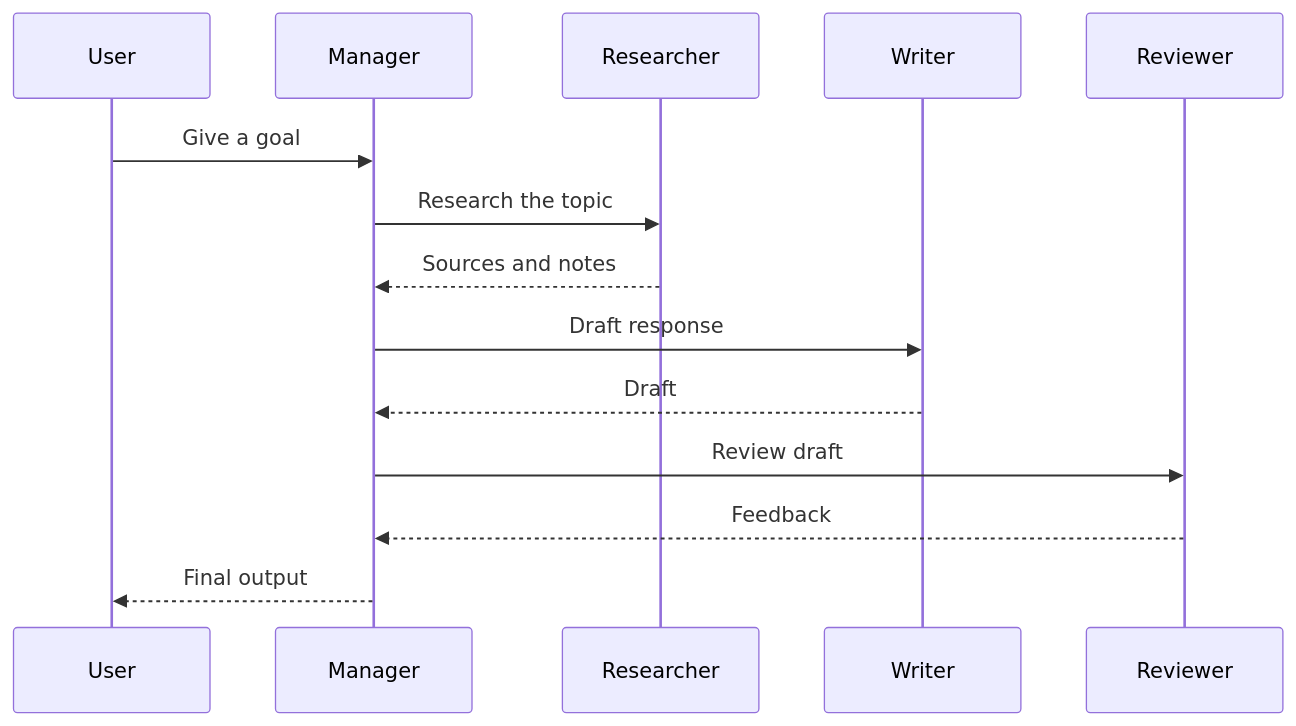
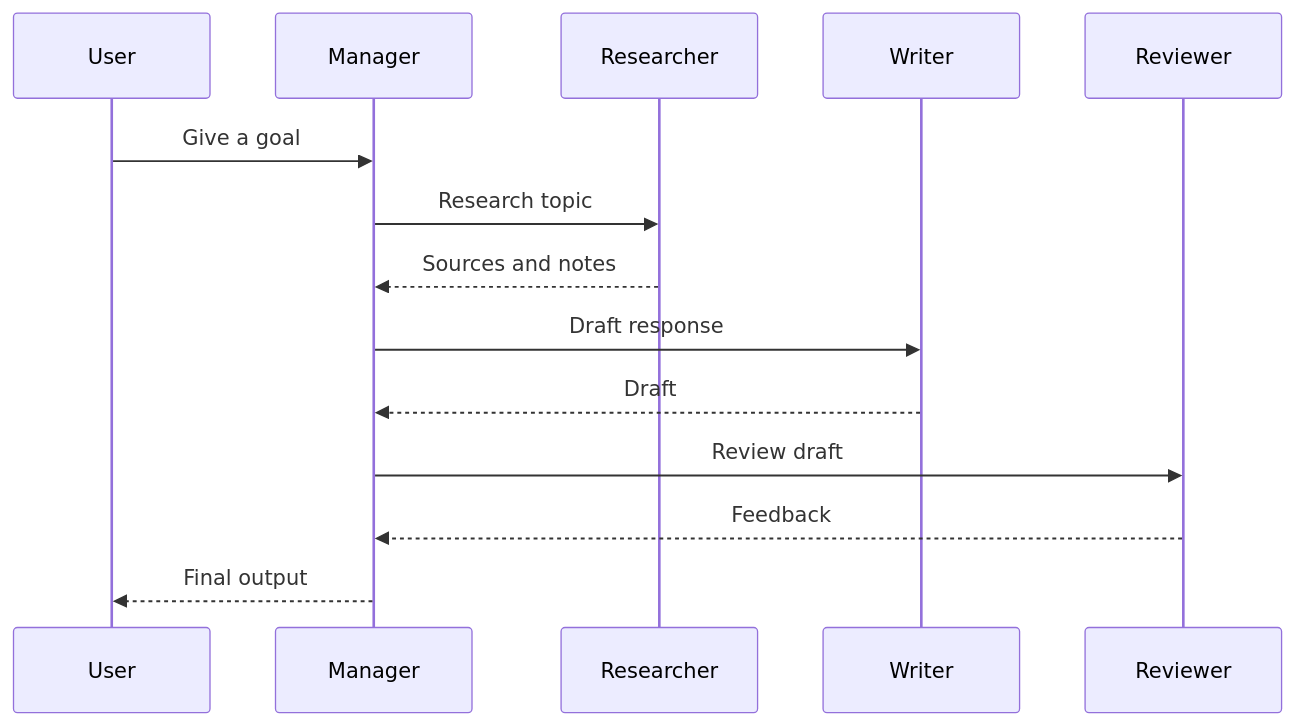
The fifth of 14 diagrams in day_24/day_24_multi_agent_systems.md (Asabeneh/30-Days-Of-AI-Engineering), drawn with Mermaid before and after one commit. The commit also changed other lines of this file and 49 other files, not shown here.

````diff
--- a/day_24/day_24_multi_agent_systems.md
+++ b/day_24/day_24_multi_agent_systems.md
@@ -219,17 +269,17 @@
 ```mermaid
 sequenceDiagram
-        participant U as User
-        participant M as Manager
-        participant R as Researcher
-        participant W as Writer
-        participant Q as Reviewer
+    participant U as User
+    participant M as Manager
+    participant R as Researcher
+    participant W as Writer
+    participant Q as Reviewer
 
-        U->>M: Give a goal
-        M->>R: Research the topic
-        R-->>M: Sources and notes
-        M->>W: Draft response
-        W-->>M: Draft
-        M->>Q: Review draft
-        Q-->>M: Feedback
-        M-->>U: Final output
+    U->>M: Give a goal
+    M->>R: Research topic
+    R-->>M: Sources and notes
+    M->>W: Draft response
+    W-->>M: Draft
+    M->>Q: Review draft
+    Q-->>M: Feedback
+    M-->>U: Final output
 ```
````
